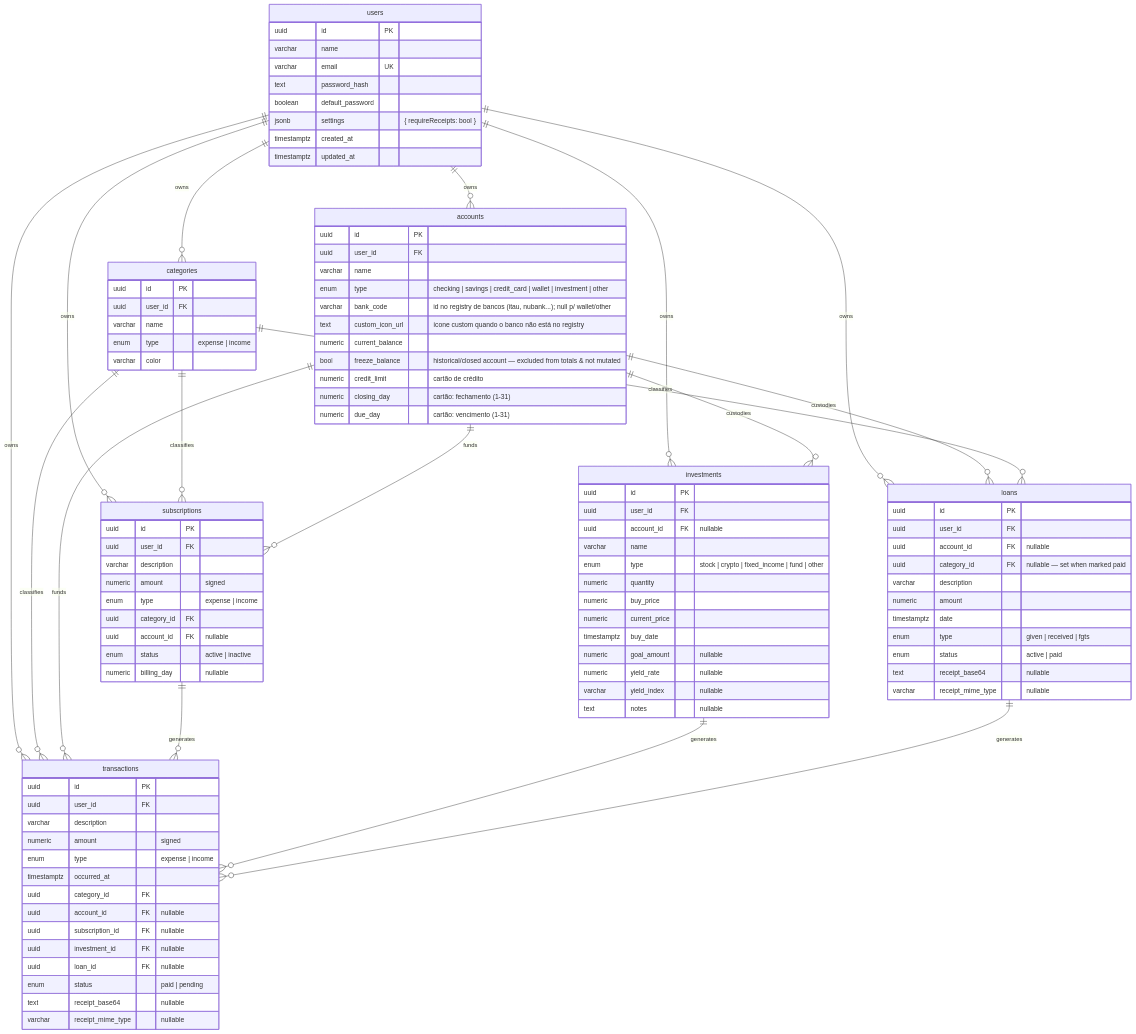
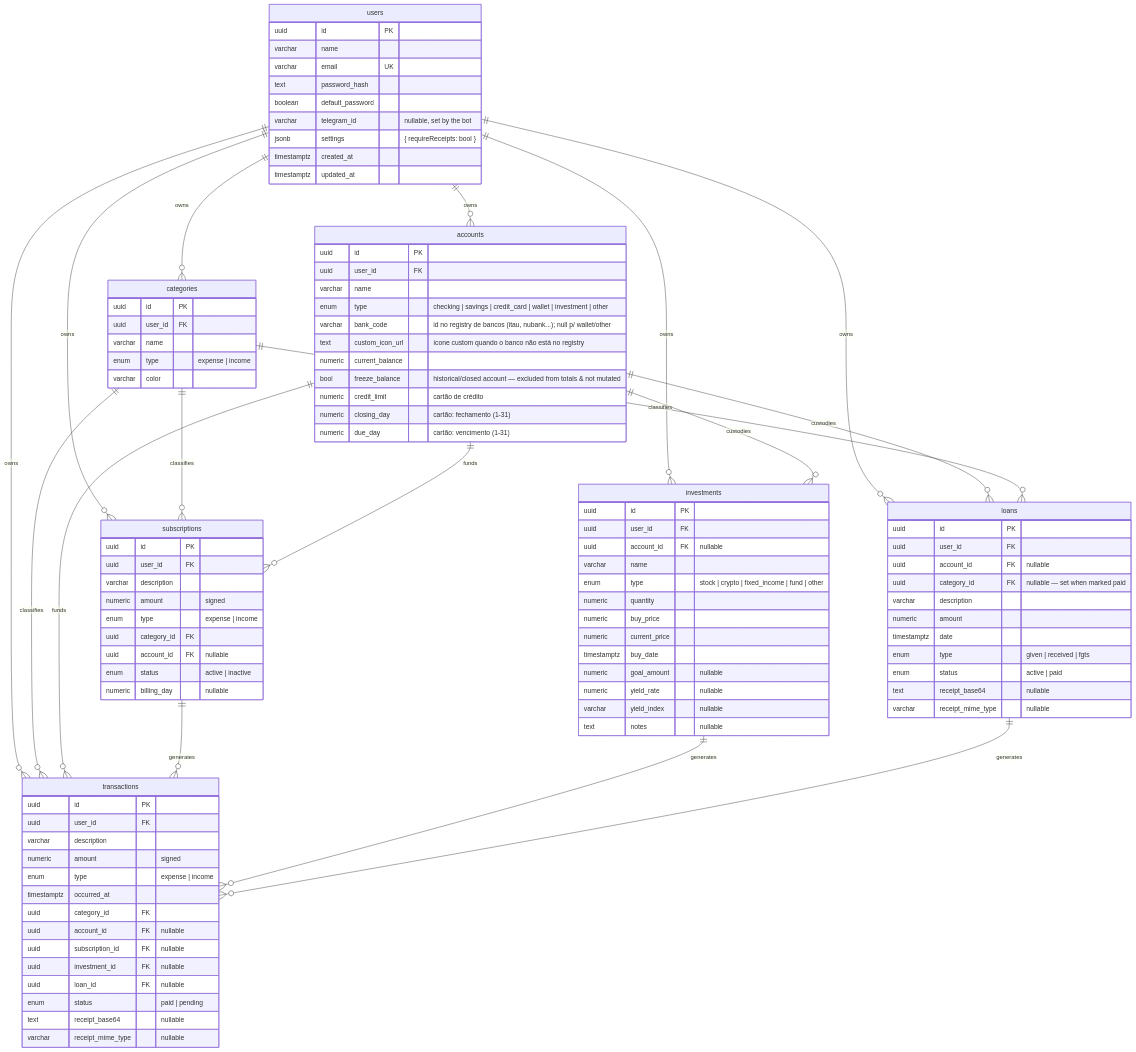
Before and after one commit to moablive/LBS_MoneyAPP: the diagram in AI_context/data-model.md, drawn with Mermaid. The commit also changed 5 other files, not shown here.

Commit message:
docs: update AI_context and README with new bot notification features and invite flow

```diff
--- a/AI_context/data-model.md
+++ b/AI_context/data-model.md
@@ -30,6 +30,7 @@
     varchar email UK
     text password_hash
     boolean default_password
+    varchar telegram_id "nullable, set by the bot"
     jsonb settings "{ requireReceipts: bool }"
     timestamptz created_at
     timestamptz updated_at
```
